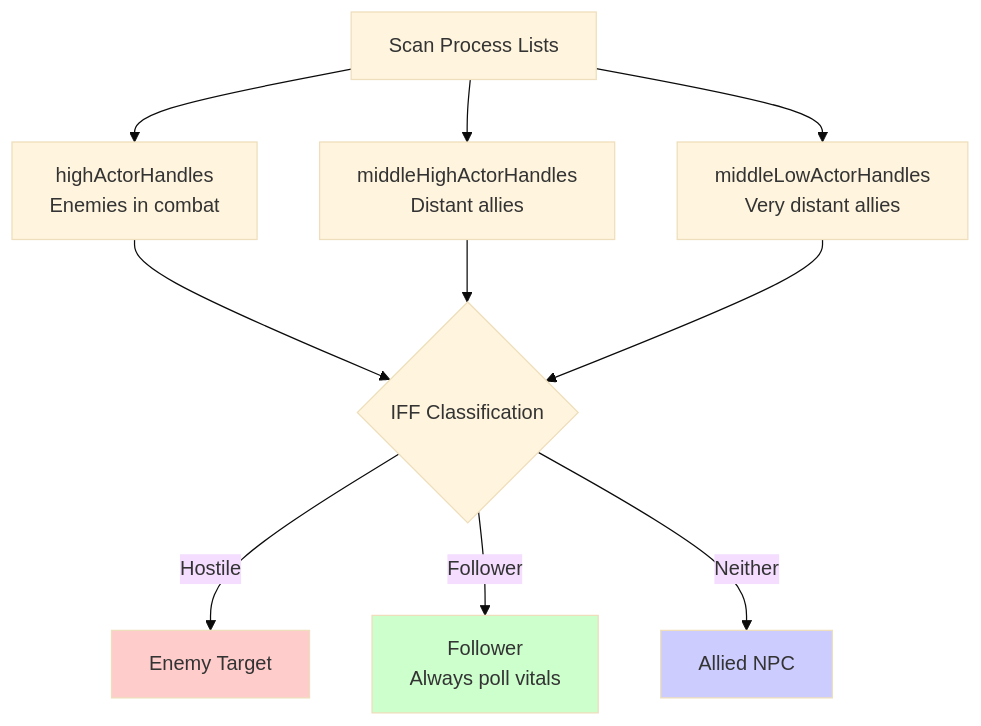
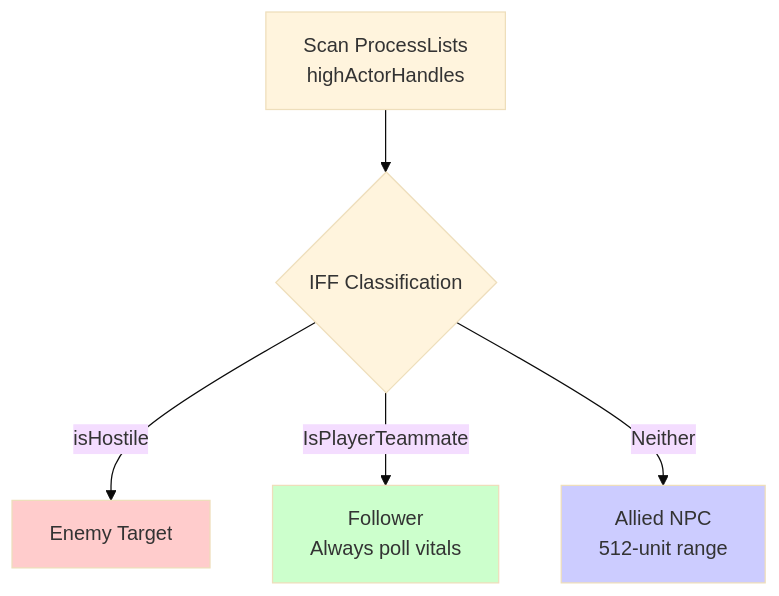
One commit to LandingCrew/huginn changed the fifth of 13 diagrams in docs/architecture/1-states.md. Above: the diagram before and after it, drawn with Mermaid (base theme). The commit also changed other lines of this file and 27 other files, not shown here.

````diff
--- a/docs/architecture/1-states.md
+++ b/docs/architecture/1-states.md
@@ -358,18 +481,12 @@
 ```mermaid
 graph TB
-    Scan[Scan Process Lists] --> High[highActorHandles<br/>Enemies in combat]
-    Scan --> MidHigh[middleHighActorHandles<br/>Distant allies]
-    Scan --> MidLow[middleLowActorHandles<br/>Very distant allies]
+    Scan[Scan ProcessLists<br/>highActorHandles] --> Classify{IFF Classification}
 
-    High --> Classify{IFF Classification}
-    MidHigh --> Classify
-    MidLow --> Classify
-
-    Classify -->|Hostile| Enemy[Enemy Target]
-    Classify -->|Follower| Follower[Follower<br/>Always poll vitals]
-    Classify -->|Neither| Allied[Allied NPC]
+    Classify -->|isHostile| Enemy[Enemy Target]
+    Classify -->|IsPlayerTeammate| Follower[Follower<br/>Always poll vitals]
+    Classify -->|Neither| Allied[Allied NPC<br/>512-unit range]
 
     style Enemy fill:#ffcccc
     style Follower fill:#ccffcc
     style Allied fill:#ccccff
 ```
````
